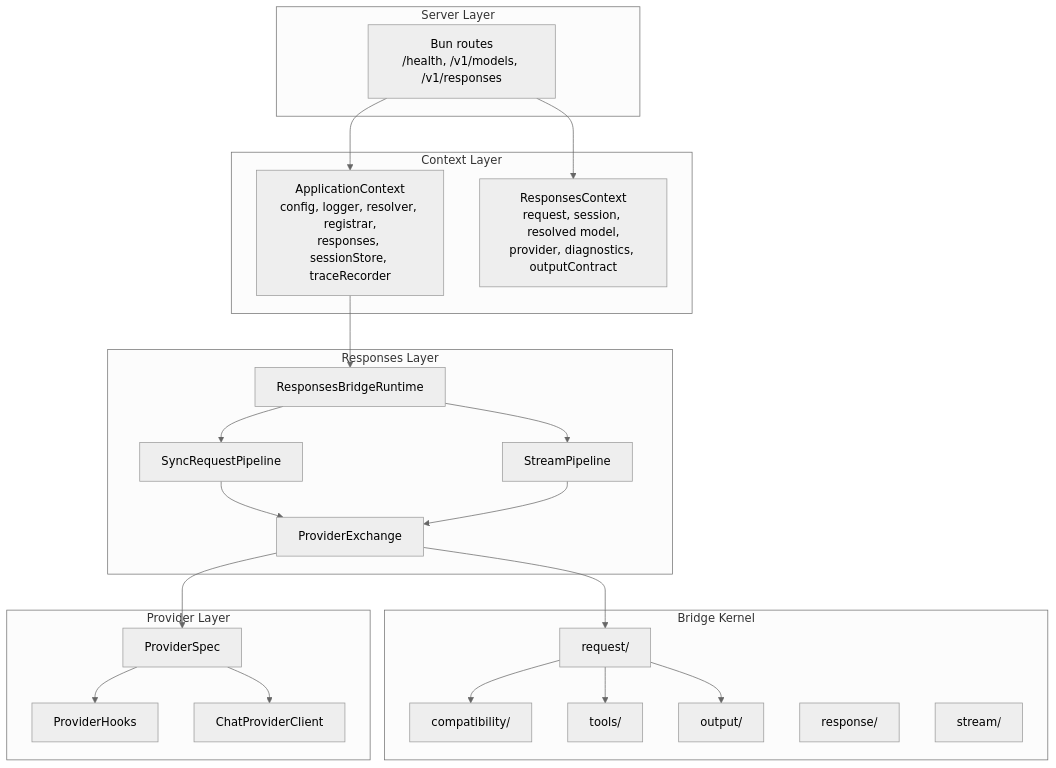
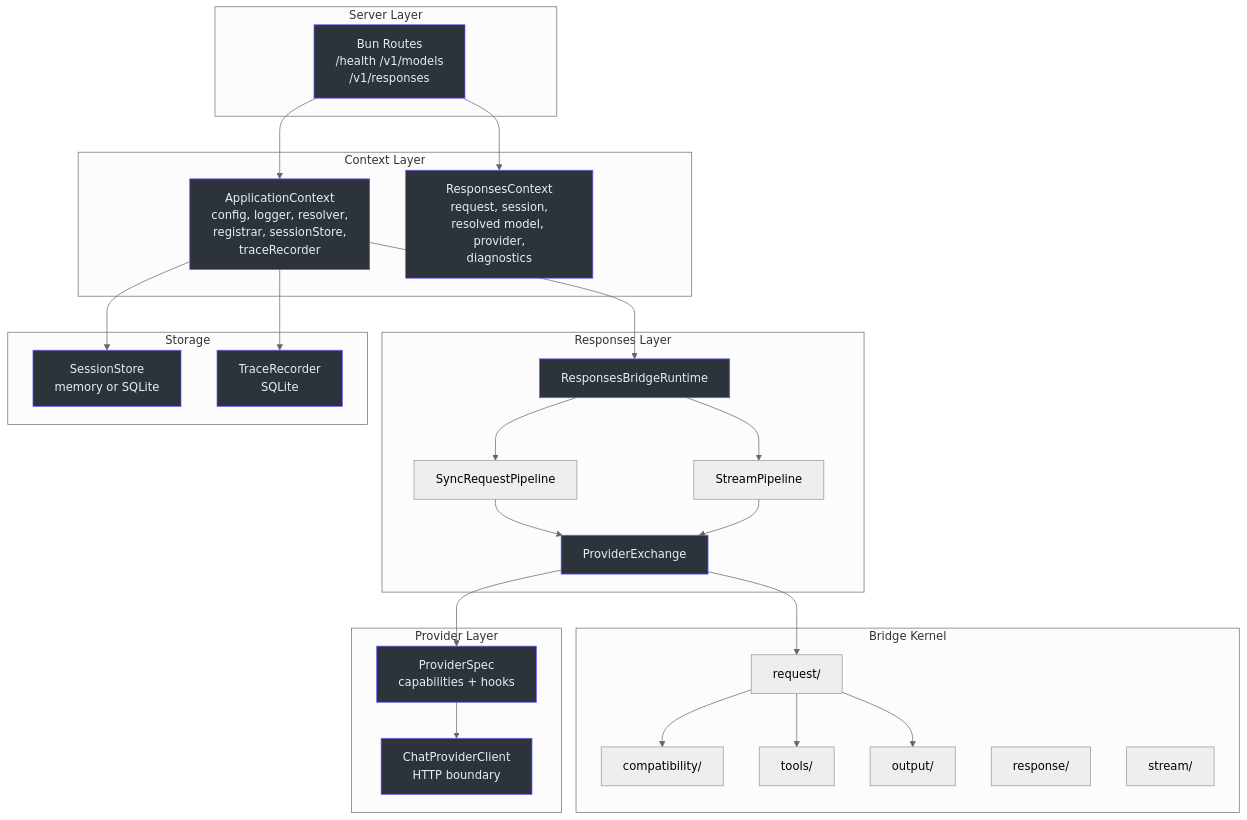
One commit to zamelee/GodeX changed the first of 5 diagrams in wiki/onboarding/staff-engineer-guide.md. Above: the diagram before and after it, drawn with Mermaid (neutral theme). The commit also changed other lines of this file and 9 other files, not shown here.

````diff
--- a/wiki/onboarding/staff-engineer-guide.md
+++ b/wiki/onboarding/staff-engineer-guide.md
@@ -29,48 +42,63 @@
 ```mermaid
-flowchart TD
-  subgraph server["Server Layer"]
-    ROUTES["Bun routes<br>/health, /v1/models, /v1/responses"]
+graph TB
+  subgraph Server["Server Layer"]
+    Routes["Bun Routes<br>/health /v1/models<br>/v1/responses"]
   end
 
-  subgraph context["Context Layer"]
-    APP["ApplicationContext<br>config, logger, resolver, registrar,<br>responses, sessionStore, traceRecorder"]
-    RCTX["ResponsesContext<br>request, session, resolved model,<br>provider, diagnostics, outputContract"]
+  subgraph Context["Context Layer"]
+    AppCtx["ApplicationContext<br>config, logger, resolver,<br>registrar, sessionStore,<br>traceRecorder"]
+    RspCtx["ResponsesContext<br>request, session,<br>resolved model, provider,<br>diagnostics"]
   end
 
-  subgraph responses["Responses Layer"]
-    RUNTIME["ResponsesBridgeRuntime"]
-    SYNC["SyncRequestPipeline"]
-    STREAM["StreamPipeline"]
-    EXCHANGE["ProviderExchange"]
+  subgraph Runtime["Responses Layer"]
+    RBR["ResponsesBridgeRuntime"]
+    Sync["SyncRequestPipeline"]
+    Stream["StreamPipeline"]
+    Exchange["ProviderExchange"]
   end
 
-  subgraph bridge["Bridge Kernel"]
-    COMPAT["compatibility/"]
-    TOOLS["tools/"]
-    OUTPUT["output/"]
-    REQUEST["request/"]
-    RESPONSE["response/"]
-    STM["stream/"]
+  subgraph Bridge["Bridge Kernel"]
+    Compat["compatibility/"]
+    Request["request/"]
+    Tools["tools/"]
+    Output["output/"]
+    Response["response/"]
+    Stm["stream/"]
   end
 
-  subgraph providers["Provider Layer"]
-    SPEC["ProviderSpec"]
-    HOOKS["ProviderHooks"]
-    CLIENT["ChatProviderClient"]
+  subgraph Providers["Provider Layer"]
+    Spec["ProviderSpec<br>capabilities + hooks"]
+    Client["ChatProviderClient<br>HTTP boundary"]
   end
 
-  ROUTES --> APP
-  ROUTES --> RCTX
-  APP --> RUNTIME
-  RUNTIME --> SYNC
-  RUNTIME --> STREAM
-  SYNC --> EXCHANGE
-  STREAM --> EXCHANGE
-  EXCHANGE --> REQUEST
-  EXCHANGE --> SPEC
-  REQUEST --> COMPAT
-  REQUEST --> TOOLS
-  REQUEST --> OUTPUT
-  SPEC --> HOOKS
-  SPEC --> CLIENT
+  subgraph Storage["Storage"]
+    Session["SessionStore<br>memory or SQLite"]
+    Trace["TraceRecorder<br>SQLite"]
+  end
+
+  Routes --> AppCtx
+  Routes --> RspCtx
+  AppCtx --> RBR
+  RBR --> Sync
+  RBR --> Stream
+  Sync --> Exchange
+  Stream --> Exchange
+  Exchange --> Request
+  Exchange --> Spec
+  Request --> Compat
+  Request --> Tools
+  Request --> Output
+  Spec --> Client
+  AppCtx --> Session
+  AppCtx --> Trace
+
+  style Routes fill:#2d333b,stroke:#6d5dfc,color:#e6edf3
+  style AppCtx fill:#2d333b,stroke:#6d5dfc,color:#e6edf3
+  style RspCtx fill:#2d333b,stroke:#6d5dfc,color:#e6edf3
+  style RBR fill:#2d333b,stroke:#6d5dfc,color:#e6edf3
+  style Exchange fill:#2d333b,stroke:#6d5dfc,color:#e6edf3
+  style Spec fill:#2d333b,stroke:#6d5dfc,color:#e6edf3
+  style Client fill:#2d333b,stroke:#6d5dfc,color:#e6edf3
+  style Session fill:#2d333b,stroke:#6d5dfc,color:#e6edf3
+  style Trace fill:#2d333b,stroke:#6d5dfc,color:#e6edf3
 ```
````
